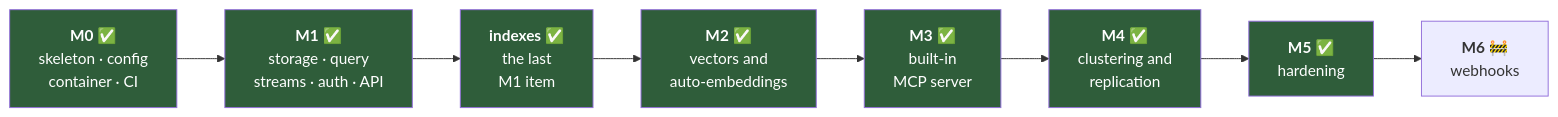
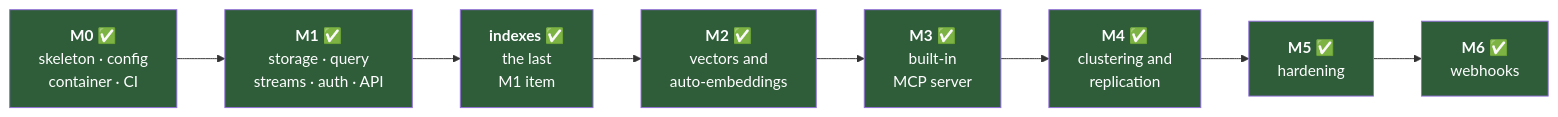
The first of 4 diagrams in docs/roadmap.md (titusai-io/kimmydb), drawn with Mermaid before and after one commit. The commit also changed other lines of this file and 14 other files, not shown here.

````diff
--- a/docs/roadmap.md
+++ b/docs/roadmap.md
@@ -12,21 +12,22 @@
 ```mermaid
 graph LR
     M0["<b>M0</b> ✅<br/>skeleton · config<br/>container · CI"]
     M1["<b>M1</b> ✅<br/>storage · query<br/>streams · auth · API"]
     IDX["<b>indexes</b> ✅<br/>the last<br/>M1 item"]
     M2["<b>M2</b> ✅<br/>vectors and<br/>auto-embeddings"]
     M3["<b>M3</b> ✅<br/>built-in<br/>MCP server"]
     M4["<b>M4</b> ✅<br/>clustering and<br/>replication"]
     M5["<b>M5</b> ✅<br/>hardening"]
-    M6["<b>M6</b> 🚧<br/>webhooks"]
+    M6["<b>M6</b> ✅<br/>webhooks"]
 
     M0 --> M1 --> IDX --> M2 --> M3 --> M4 --> M5 --> M6
 
     style M0 fill:#2f5d3a,color:#fff
     style M1 fill:#2f5d3a,color:#fff
     style IDX fill:#2f5d3a,color:#fff
     style M2 fill:#2f5d3a,color:#fff
     style M3 fill:#2f5d3a,color:#fff
     style M4 fill:#2f5d3a,color:#fff
     style M5 fill:#2f5d3a,color:#fff
+    style M6 fill:#2f5d3a,color:#fff
 ```
````
